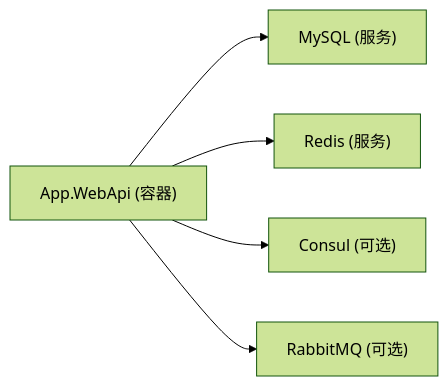
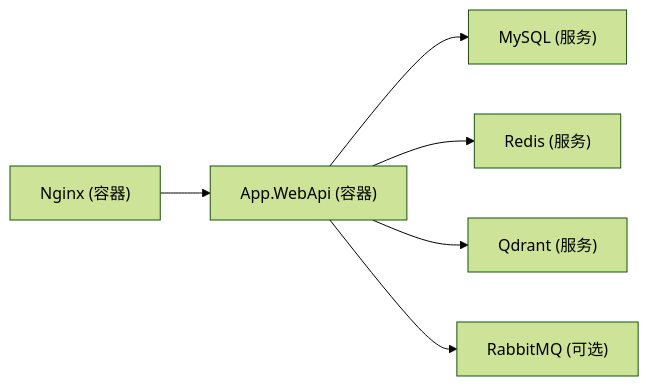
The fifth of 5 diagrams in .qoder/repowiki/zh/content/部署运维/Docker容器化部署.md (junkai-li/NetCoreKevin), drawn with Mermaid (forest theme) before and after one commit. The commit also changed other lines of this file and 54 other files, not shown here.

````diff
--- a/.qoder/repowiki/zh/content/部署运维/Docker容器化部署.md
+++ b/.qoder/repowiki/zh/content/部署运维/Docker容器化部署.md
@@ -184,7 +246,8 @@
 ```mermaid
 graph LR
 WebAPI["App.WebApi (容器)"] --> MySQL["MySQL (服务)"]
 WebAPI --> Redis["Redis (服务)"]
-WebAPI --> Consul["Consul (可选)"]
+WebAPI --> Qdrant["Qdrant (服务)"]
 WebAPI --> RabbitMQ["RabbitMQ (可选)"]
+Web["Nginx (容器)"] --> WebAPI
 ```
````
